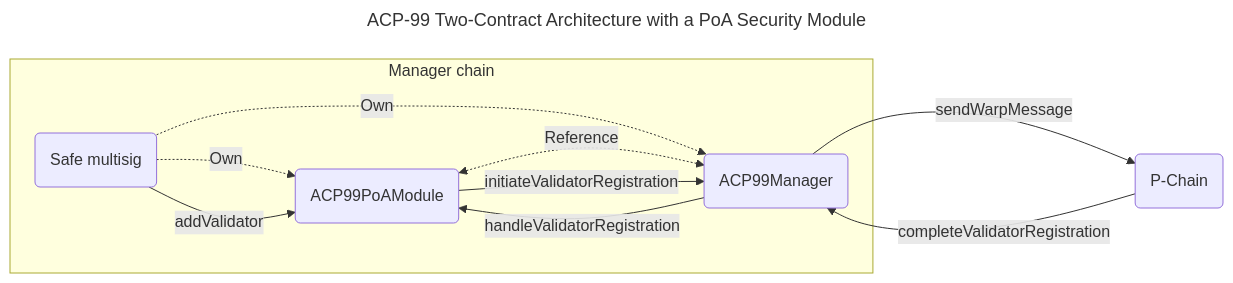
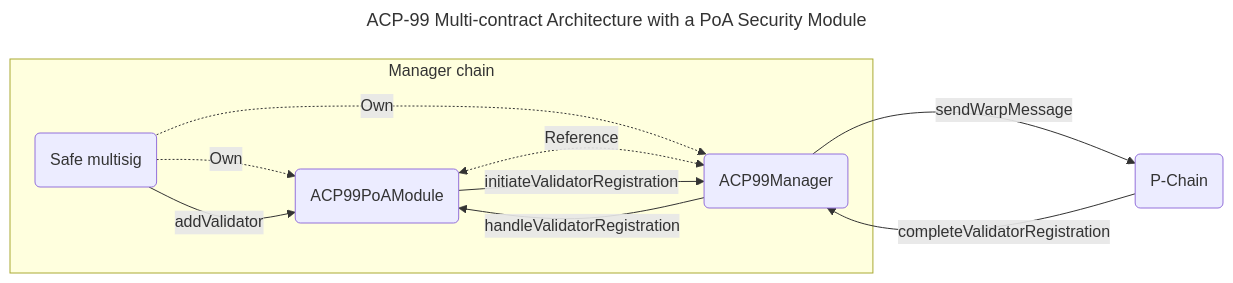
Before and after one commit to avalanche-foundation/ACPs: the first of 2 diagrams in ACPs/99-validatorsetmanager-contract/README.md, drawn with Mermaid.

````diff
--- a/ACPs/99-validatorsetmanager-contract/README.md
+++ b/ACPs/99-validatorsetmanager-contract/README.md
@@ -267,24 +267,24 @@
 ```mermaid
 ---
-title: ACP-99 Two-Contract Architecture with a PoA Security Module
+title: ACP-99 Multi-contract Architecture with a PoA Security Module
 ---
 graph LR
   Safe(Safe multisig)
   SecurityModule(ACP99PoAModule)
   Manager(ACP99Manager)
   P(P-Chain)
 
   subgraph "Manager chain"
     Safe
     SecurityModule
     Manager
   end
   Safe -.->|Own| SecurityModule
   Safe -.->|Own| Manager
   SecurityModule <-.->|Reference| Manager
   Safe -->|addValidator| SecurityModule
   SecurityModule -->|initiateValidatorRegistration| Manager
   Manager -->|sendWarpMessage| P
   P -->|completeValidatorRegistration| Manager
   Manager -->|handleValidatorRegistration| SecurityModule
 ```
````
